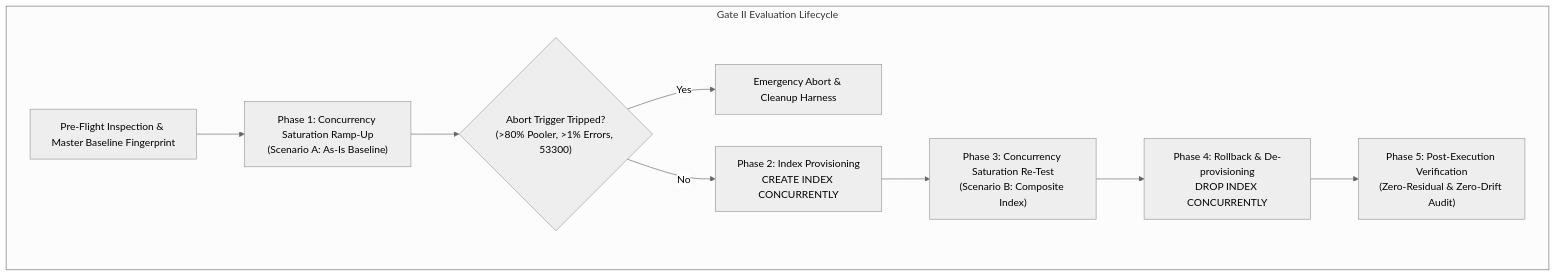
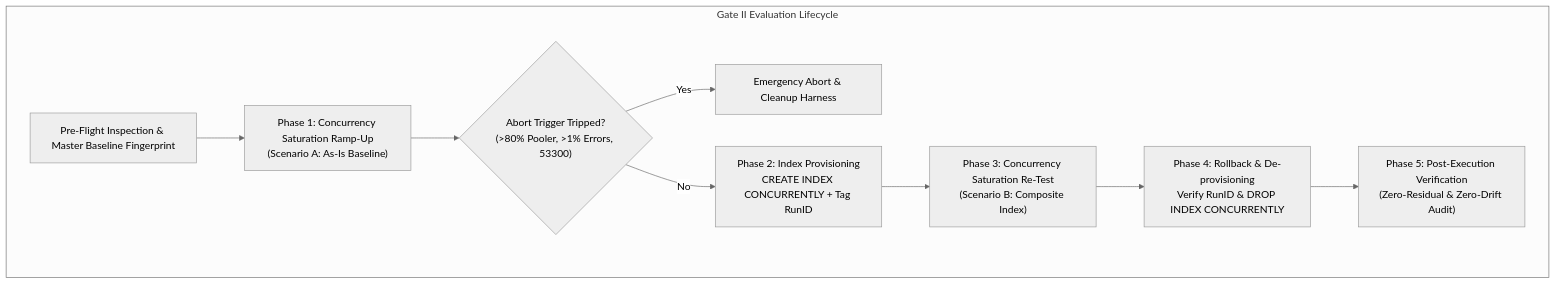
Before and after one commit to B055OB/boontrack-core: the first of 4 diagrams in docs/benchmarks/GATE_II_CONCURRENCY_AND_INDEX_PLAN.md, drawn with Mermaid (neutral theme). The commit also changed other lines of this file and 2 other files, not shown here.

````diff
--- a/docs/benchmarks/GATE_II_CONCURRENCY_AND_INDEX_PLAN.md
+++ b/docs/benchmarks/GATE_II_CONCURRENCY_AND_INDEX_PLAN.md
@@ -25,12 +25,12 @@
 ```mermaid
 flowchart TD
     subgraph Gate_II_Lifecycle["Gate II Evaluation Lifecycle"]
         A["Pre-Flight Inspection & Master Baseline Fingerprint"] --> B["Phase 1: Concurrency Saturation Ramp-Up<br/>(Scenario A: As-Is Baseline)"]
         B --> C{"Abort Trigger Tripped?<br/>(>80% Pooler, >1% Errors, 53300)"}
         C -- Yes --> R1["Emergency Abort & Cleanup Harness"]
-        C -- No --> D["Phase 2: Index Provisioning<br/>CREATE INDEX CONCURRENTLY"]
+        C -- No --> D["Phase 2: Index Provisioning<br/>CREATE INDEX CONCURRENTLY + Tag RunID"]
         D --> E["Phase 3: Concurrency Saturation Re-Test<br/>(Scenario B: Composite Index)"]
-        E --> F["Phase 4: Rollback & De-provisioning<br/>DROP INDEX CONCURRENTLY"]
+        E --> F["Phase 4: Rollback & De-provisioning<br/>Verify RunID & DROP INDEX CONCURRENTLY"]
         F --> G["Phase 5: Post-Execution Verification<br/>(Zero-Residual & Zero-Drift Audit)"]
     end
 ```
````
